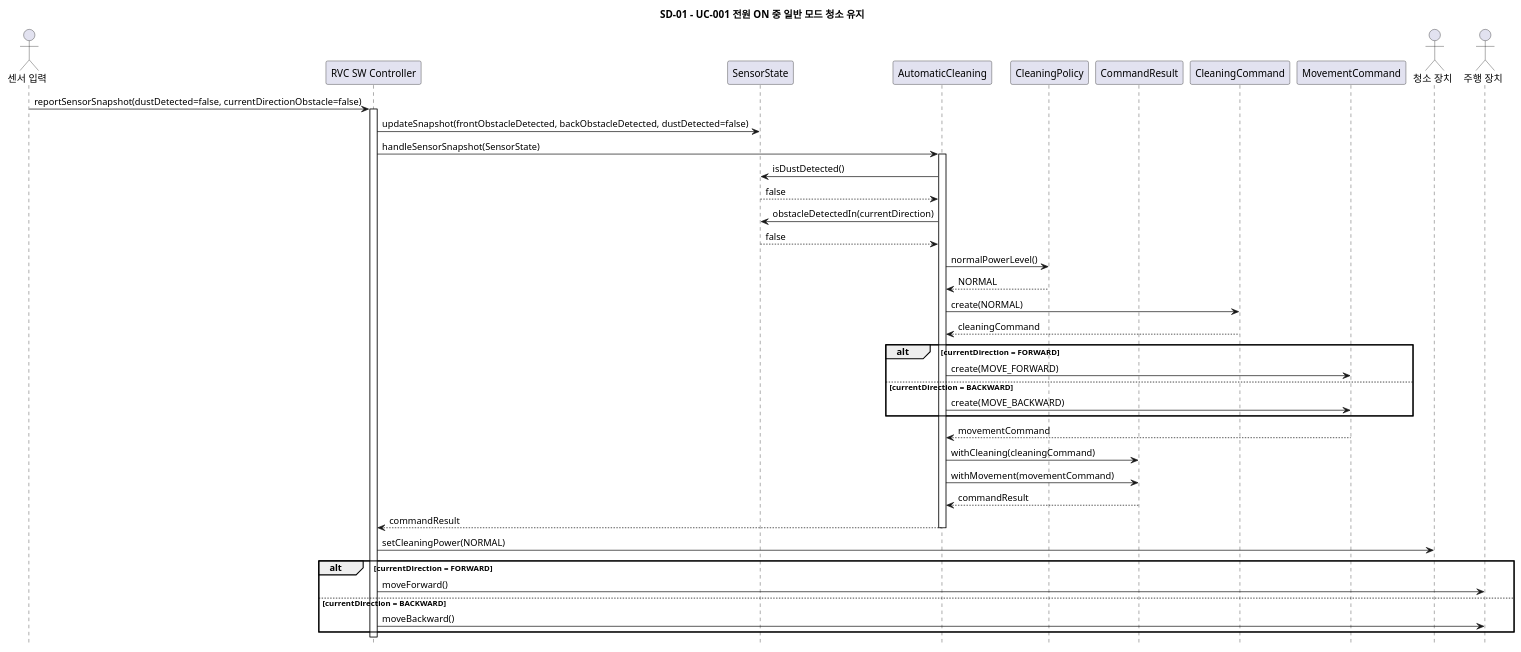
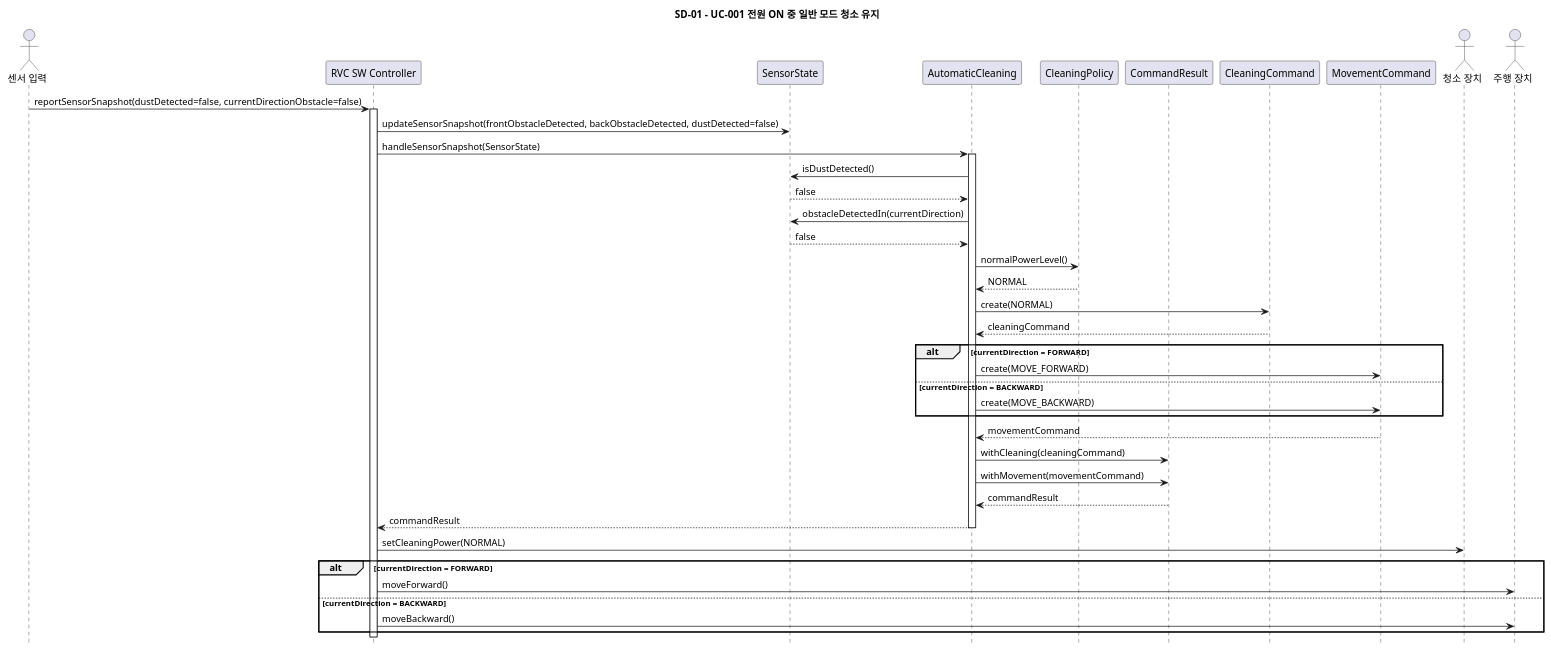
One commit to OOAD-Team3/Robot-Vacuum-Cleaner-AI changed the diagram in docs/sd/SD-01.puml. Above: the diagram before and after it, drawn with PlantUML. The commit also changed 33 other files, not shown here.

```diff
--- a/docs/sd/SD-01.puml
+++ b/docs/sd/SD-01.puml
@@ -5,51 +5,51 @@
 @startuml SD_01_UC001_Normal_Mode_Cleaning
 hide footbox
 title SD-01 - UC-001 전원 ON 중 일반 모드 청소 유지
 
 actor "센서 입력" as Sensor
 participant "RVC SW Controller" as Controller
 participant "SensorState" as SensorState
 participant "AutomaticCleaning" as Cleaning
 participant "CleaningPolicy" as Policy
 participant "CommandResult" as CommandResult
 participant "CleaningCommand" as CleaningCommand
 participant "MovementCommand" as MovementCommand
 actor "청소 장치" as Cleaner
 actor "주행 장치" as Drive
 
 Sensor -> Controller: reportSensorSnapshot(dustDetected=false, currentDirectionObstacle=false)
 activate Controller
-Controller -> SensorState: updateSnapshot(frontObstacleDetected, backObstacleDetected, dustDetected=false)
+Controller -> SensorState: updateSensorSnapshot(frontObstacleDetected, backObstacleDetected, dustDetected=false)
 Controller -> Cleaning: handleSensorSnapshot(SensorState)
 activate Cleaning
 Cleaning -> SensorState: isDustDetected()
 SensorState --> Cleaning: false
 Cleaning -> SensorState: obstacleDetectedIn(currentDirection)
 SensorState --> Cleaning: false
 Cleaning -> Policy: normalPowerLevel()
 Policy --> Cleaning: NORMAL
 Cleaning -> CleaningCommand: create(NORMAL)
 CleaningCommand --> Cleaning: cleaningCommand
 
 alt currentDirection = FORWARD
     Cleaning -> MovementCommand: create(MOVE_FORWARD)
 else currentDirection = BACKWARD
     Cleaning -> MovementCommand: create(MOVE_BACKWARD)
 end
 
 MovementCommand --> Cleaning: movementCommand
 Cleaning -> CommandResult: withCleaning(cleaningCommand)
 Cleaning -> CommandResult: withMovement(movementCommand)
 CommandResult --> Cleaning: commandResult
 Cleaning --> Controller: commandResult
 deactivate Cleaning
 
 Controller -> Cleaner: setCleaningPower(NORMAL)
 alt currentDirection = FORWARD
     Controller -> Drive: moveForward()
 else currentDirection = BACKWARD
     Controller -> Drive: moveBackward()
 end
 
 deactivate Controller
 @enduml
```
